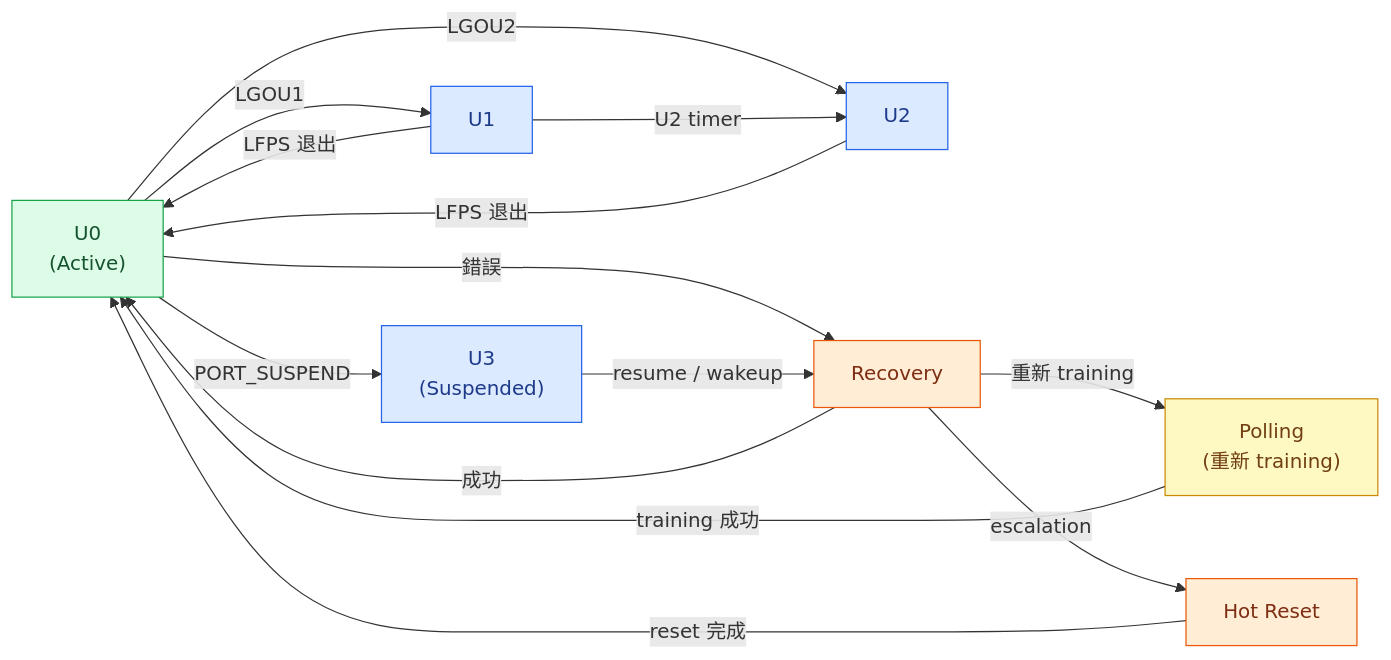
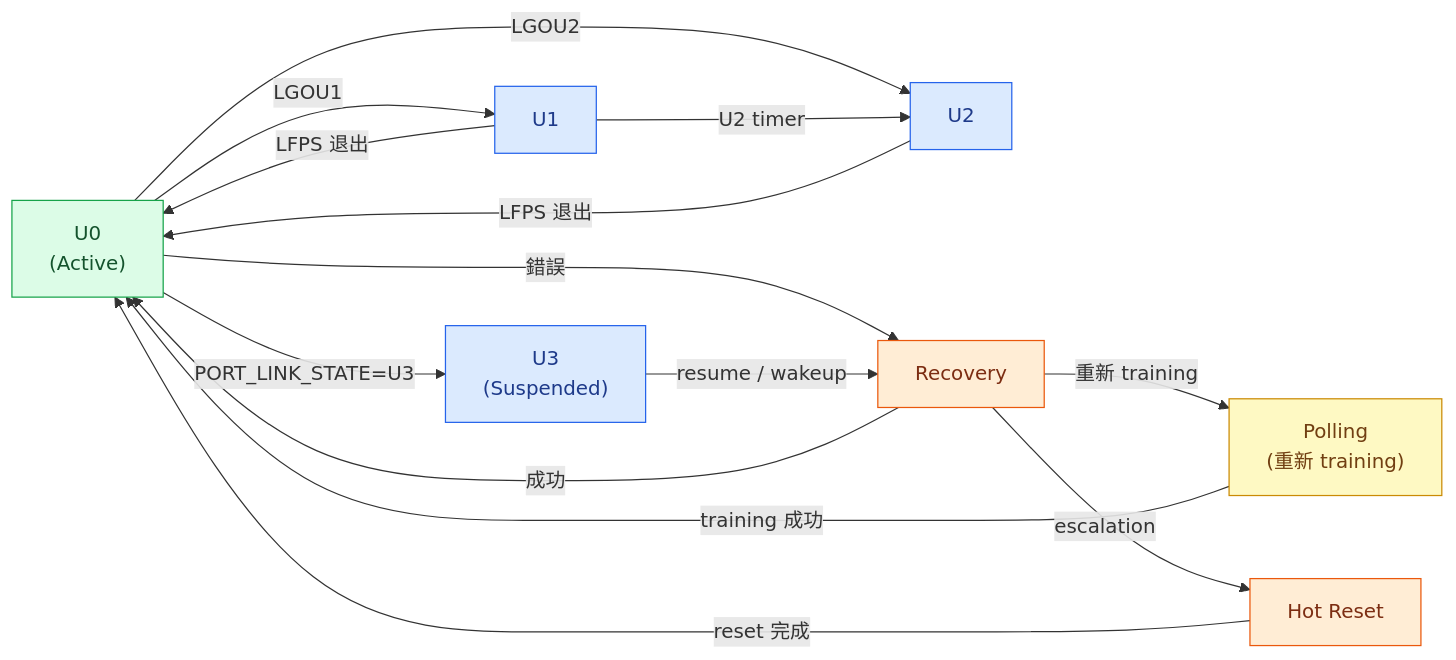
Before and after one commit to Gavin0099/usb-if-hub-spec-reference: the second of 2 diagrams in specs/usb3/ss_ltssm.md, drawn with Mermaid. The commit also changed other lines of this file and 32 other files, not shown here.

````diff
--- a/specs/usb3/ss_ltssm.md
+++ b/specs/usb3/ss_ltssm.md
@@ -98,37 +98,37 @@
 ```mermaid
 flowchart LR
     classDef active fill:#dcfce7,stroke:#16a34a,color:#14532d
     classDef lowpower fill:#dbeafe,stroke:#2563eb,color:#1e3a8a
     classDef recovery fill:#ffedd5,stroke:#ea580c,color:#7c2d12
     classDef training fill:#fef9c3,stroke:#ca8a04,color:#713f12
 
     U0["U0\n(Active)"]:::active
     U1["U1"]:::lowpower
     U2["U2"]:::lowpower
     U3["U3\n(Suspended)"]:::lowpower
     Recovery["Recovery"]:::recovery
     HotReset["Hot Reset"]:::recovery
     Polling["Polling\n(重新 training)"]:::training
 
     U0 -->|"LGOU1"| U1
     U0 -->|"LGOU2"| U2
-    U0 -->|"PORT_SUSPEND"| U3
+    U0 -->|"PORT_LINK_STATE=U3"| U3
     U0 -->|"錯誤"| Recovery
     U1 -->|"LFPS 退出"| U0
     U1 -->|"U2 timer"| U2
     U2 -->|"LFPS 退出"| U0
     U3 -->|"resume / wakeup"| Recovery
     Recovery -->|"成功"| U0
     Recovery -->|"重新 training"| Polling
     Recovery -->|"escalation"| HotReset
     HotReset -->|"reset 完成"| U0
     Polling -->|"training 成功"| U0
 
     click U0 "./ss_port_state_machine" "U-State 轉換規則"
     click U1 "./ss_port_state_machine" "U-State 轉換規則"
     click U2 "./ss_port_state_machine" "U-State 轉換規則"
     click U3 "./ss_port_state_machine" "U-State 轉換規則"
     click Recovery "#高層次轉換導向" "轉換導向表"
     click HotReset "#高層次轉換導向" "轉換導向表"
     click Polling "#高層次轉換導向" "轉換導向表"
 ```
````
